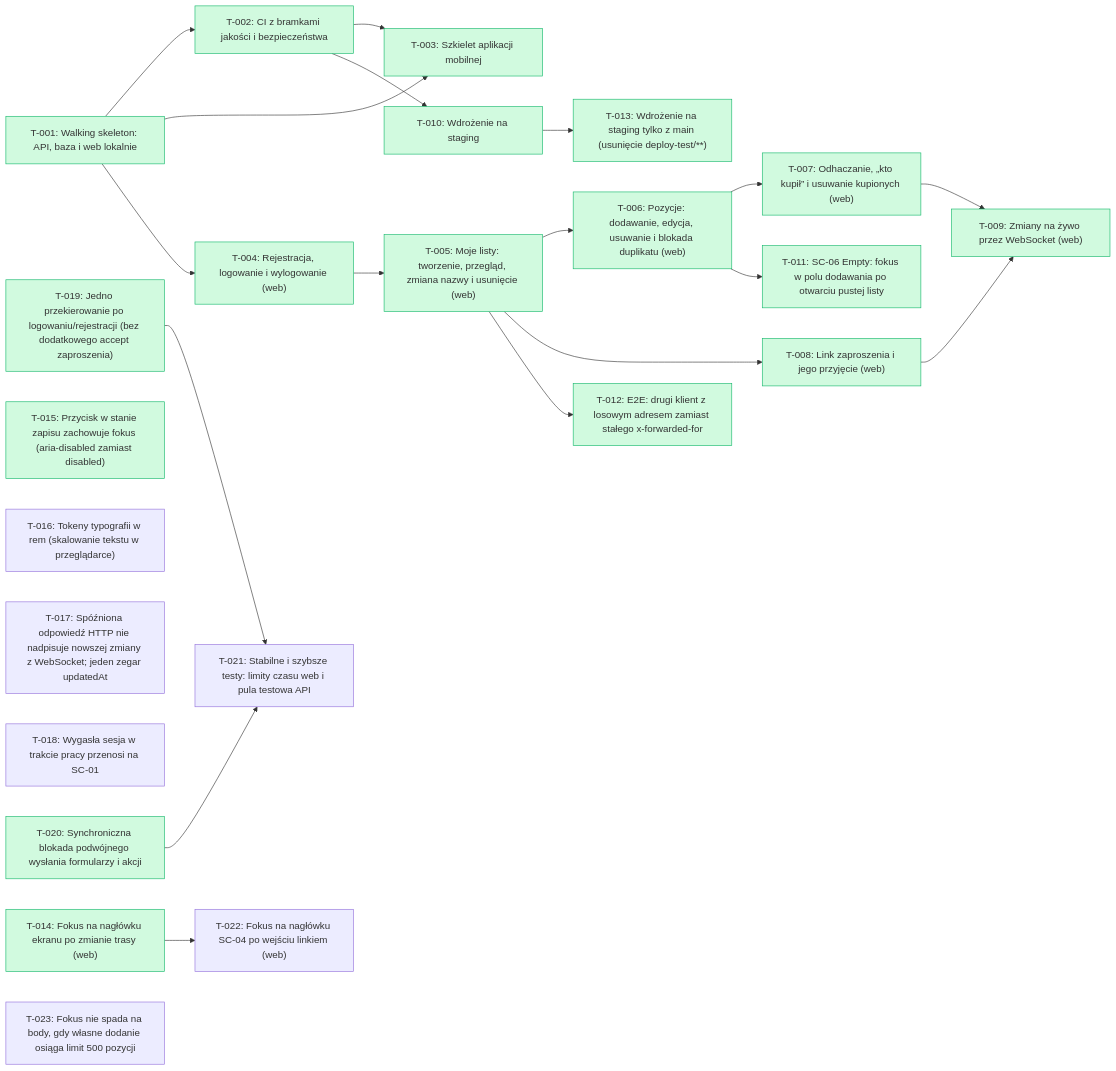
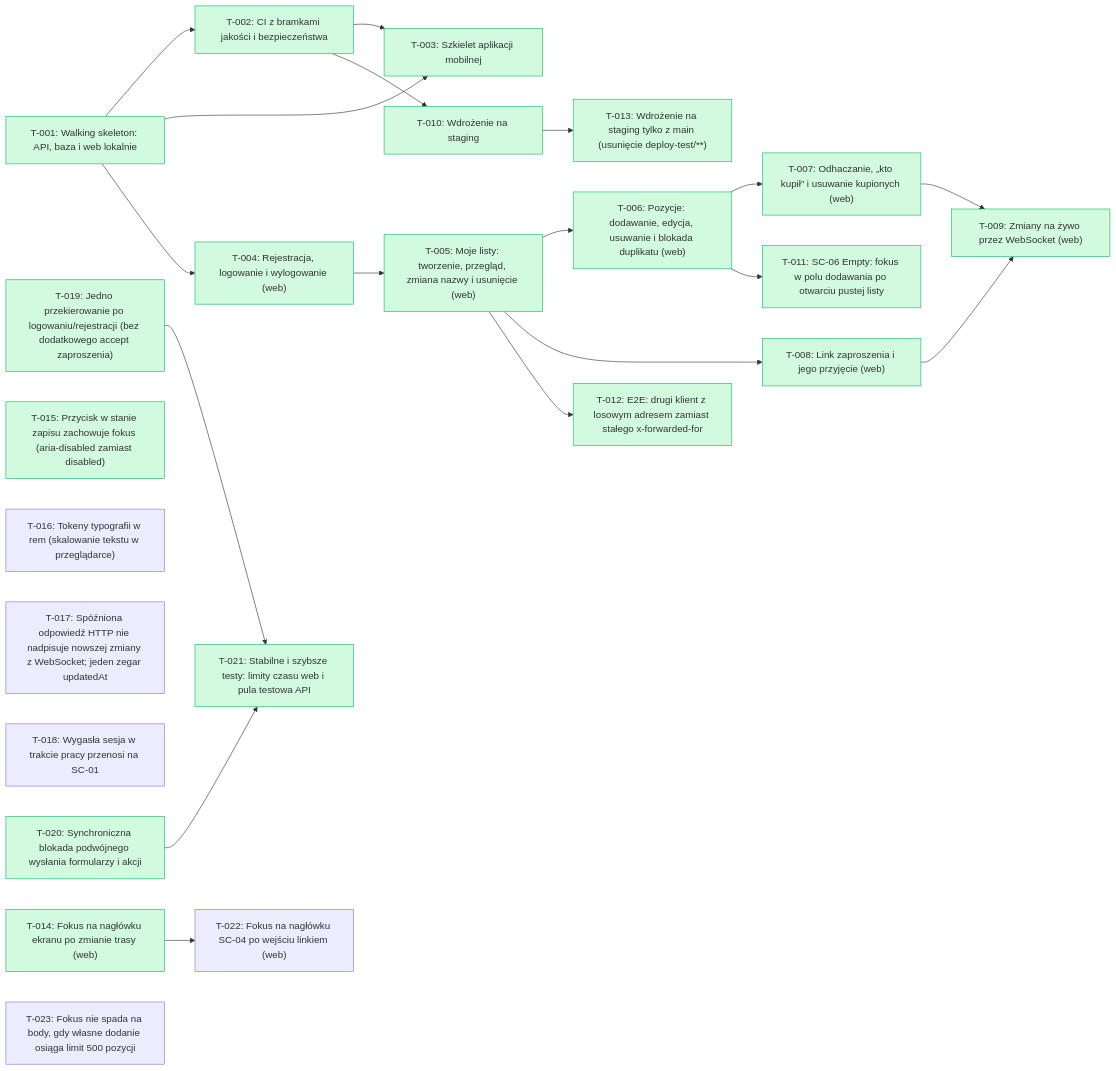
Before and after one commit to tombraz/lista-zakupow: the diagram in docs/backlog/index.md, drawn with Mermaid. The commit also changed other lines of this file and 1 other file, not shown here.

````diff
--- a/docs/backlog/index.md
+++ b/docs/backlog/index.md
@@ -22,47 +21,47 @@
 ```mermaid
 flowchart LR
   T_001["T-001: Walking skeleton: API, baza i web lokalnie"]:::done
   T_002["T-002: CI z bramkami jakości i bezpieczeństwa"]:::done
   T_003["T-003: Szkielet aplikacji mobilnej"]:::done
   T_004["T-004: Rejestracja, logowanie i wylogowanie (web)"]:::done
   T_005["T-005: Moje listy: tworzenie, przegląd, zmiana nazwy i usunięcie (web)"]:::done
   T_006["T-006: Pozycje: dodawanie, edycja, usuwanie i blokada duplikatu (web)"]:::done
   T_007["T-007: Odhaczanie, „kto kupił” i usuwanie kupionych (web)"]:::done
   T_008["T-008: Link zaproszenia i jego przyjęcie (web)"]:::done
   T_009["T-009: Zmiany na żywo przez WebSocket (web)"]:::done
   T_010["T-010: Wdrożenie na staging"]:::done
   T_011["T-011: SC-06 Empty: fokus w polu dodawania po otwarciu pustej listy"]:::done
   T_012["T-012: E2E: drugi klient z losowym adresem zamiast stałego x-forwarded-for"]:::done
   T_013["T-013: Wdrożenie na staging tylko z main (usunięcie deploy-test/**)"]:::done
   T_014["T-014: Fokus na nagłówku ekranu po zmianie trasy (web)"]:::done
   T_015["T-015: Przycisk w stanie zapisu zachowuje fokus (aria-disabled zamiast disabled)"]:::done
   T_016["T-016: Tokeny typografii w rem (skalowanie tekstu w przeglądarce)"]
   T_017["T-017: Spóźniona odpowiedź HTTP nie nadpisuje nowszej zmiany z WebSocket; jeden zegar updatedAt"]
   T_018["T-018: Wygasła sesja w trakcie pracy przenosi na SC-01"]
   T_019["T-019: Jedno przekierowanie po logowaniu/rejestracji (bez dodatkowego accept zaproszenia)"]:::done
   T_020["T-020: Synchroniczna blokada podwójnego wysłania formularzy i akcji"]:::done
-  T_021["T-021: Stabilne i szybsze testy: limity czasu web i pula testowa API"]
+  T_021["T-021: Stabilne i szybsze testy: limity czasu web i pula testowa API"]:::done
   T_022["T-022: Fokus na nagłówku SC-04 po wejściu linkiem (web)"]
   T_023["T-023: Fokus nie spada na body, gdy własne dodanie osiąga limit 500 pozycji"]
   T_001 --> T_002
   T_001 --> T_003
   T_002 --> T_003
   T_001 --> T_004
   T_004 --> T_005
   T_005 --> T_006
   T_006 --> T_007
   T_005 --> T_008
   T_007 --> T_009
   T_008 --> T_009
   T_002 --> T_010
   T_006 --> T_011
   T_005 --> T_012
   T_010 --> T_013
   T_019 --> T_021
   T_020 --> T_021
   T_014 --> T_022
   classDef done fill:#d1fadf,stroke:#12b76a
   classDef wip fill:#fef0c7,stroke:#f79009
   classDef qa fill:#e0eaff,stroke:#2970ff
   classDef blocked fill:#fee4e2,stroke:#f04438
 ```
````
